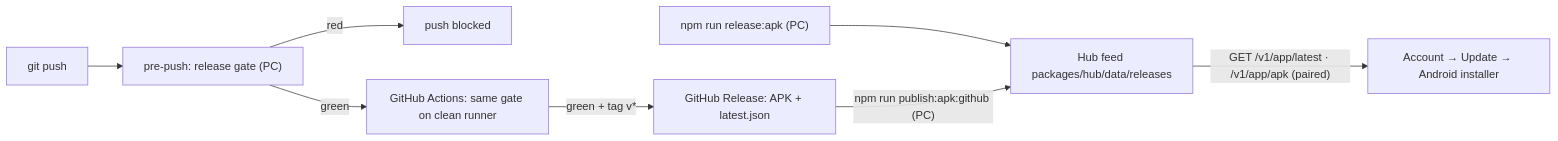
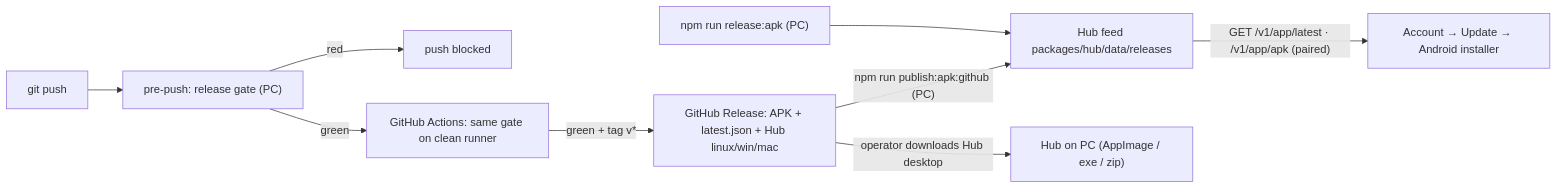
Before and after one commit to KingEGame/cursor-mobile: the diagram in docs/features/release-gate-and-self-update.md, drawn with Mermaid. The commit also changed other lines of this file and 17 other files, not shown here.

First line of the commit message:
Add Electron Hub desktop packaging and multi-platform release CI.

````diff
--- a/docs/features/release-gate-and-self-update.md
+++ b/docs/features/release-gate-and-self-update.md
@@ -10,10 +10,11 @@
 ```mermaid
 flowchart LR
   push["git push"] --> gate["pre-push: release gate (PC)"]
   gate -->|red| stop["push blocked"]
   gate -->|green| gh["GitHub Actions: same gate on clean runner"]
-  gh -->|green + tag v*| rel["GitHub Release: APK + latest.json"]
+  gh -->|green + tag v*| rel["GitHub Release: APK + latest.json + Hub linux/win/mac"]
   local["npm run release:apk (PC)"] --> feed
   rel -->|"npm run publish:apk:github (PC)"| feed["Hub feed packages/hub/data/releases"]
   feed -->|"GET /v1/app/latest · /v1/app/apk (paired)"| phone["Account → Update → Android installer"]
+  rel -->|"operator downloads Hub desktop"| desk["Hub on PC (AppImage / exe / zip)"]
 ```
````
